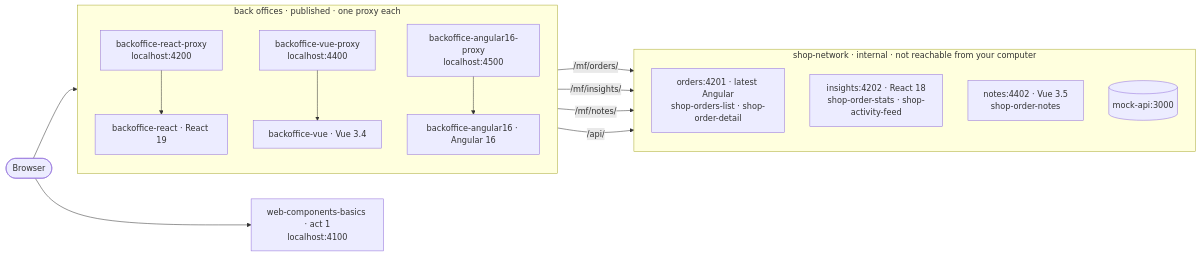
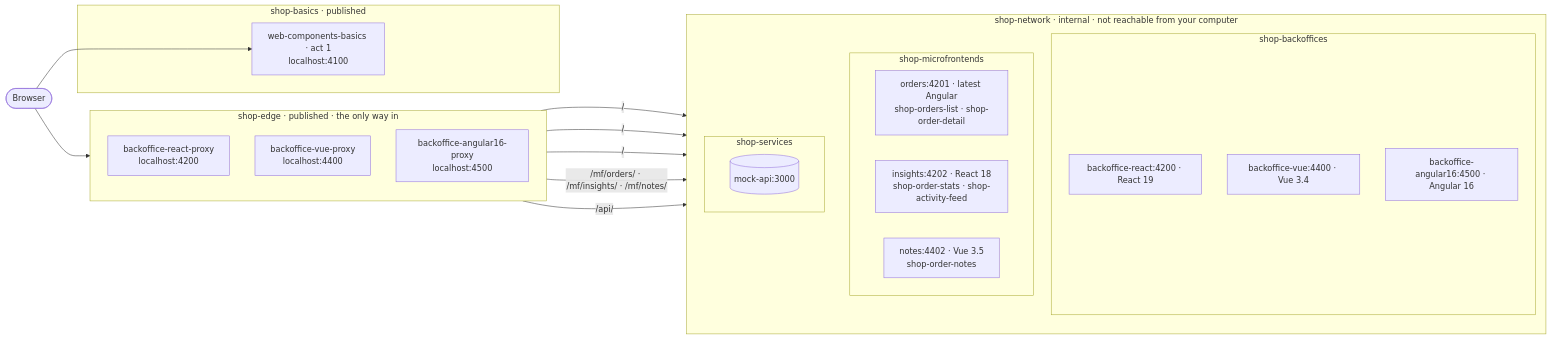
Before and after one commit to IliasEfth/Web-Components: the first of 2 diagrams in README.md, drawn with Mermaid. The commit also changed other lines of this file and 40 other files, not shown here.

````diff
--- a/README.md
+++ b/README.md
@@ -65,27 +65,40 @@
 ```mermaid
 flowchart LR
   browser([Browser])
-  basics[web-components-basics · act 1<br/>localhost:4100]
 
-  subgraph sites[back offices · published · one proxy each]
+  subgraph basics[shop-basics · published]
+    wcb[web-components-basics · act 1<br/>localhost:4100]
+  end
+
+  subgraph edge[shop-edge · published · the only way in]
     direction TB
-    rp[backoffice-react-proxy<br/>localhost:4200] --> react[backoffice-react · React 19]
-    vp[backoffice-vue-proxy<br/>localhost:4400] --> vue[backoffice-vue · Vue 3.4]
-    ap[backoffice-angular16-proxy<br/>localhost:4500] --> ng16[backoffice-angular16 · Angular 16]
+    rp[backoffice-react-proxy<br/>localhost:4200]
+    vp[backoffice-vue-proxy<br/>localhost:4400]
+    ap[backoffice-angular16-proxy<br/>localhost:4500]
   end
 
   subgraph net[shop-network · internal · not reachable from your computer]
     direction TB
-    orders[orders:4201 · latest Angular<br/>shop-orders-list · shop-order-detail]
-    insights[insights:4202 · React 18<br/>shop-order-stats · shop-activity-feed]
-    notes[notes:4402 · Vue 3.5<br/>shop-order-notes]
-    api[(mock-api:3000)]
+    subgraph backoffices[shop-backoffices]
+      react[backoffice-react:4200 · React 19]
+      vue[backoffice-vue:4400 · Vue 3.4]
+      ng16[backoffice-angular16:4500 · Angular 16]
+    end
+    subgraph mfs[shop-microfrontends]
+      orders[orders:4201 · latest Angular<br/>shop-orders-list · shop-order-detail]
+      insights[insights:4202 · React 18<br/>shop-order-stats · shop-activity-feed]
+      notes[notes:4402 · Vue 3.5<br/>shop-order-notes]
+    end
+    subgraph services[shop-services]
+      api[(mock-api:3000)]
+    end
   end
 
-  browser --> basics
-  browser --> sites
-  sites -- "/mf/orders/" --> orders
-  sites -- "/mf/insights/" --> insights
-  sites -- "/mf/notes/" --> notes
-  sites -- "/api/" --> api
+  browser --> wcb
+  browser --> edge
+  rp -- "/" --> react
+  vp -- "/" --> vue
+  ap -- "/" --> ng16
+  edge -- "/mf/orders/ · /mf/insights/ · /mf/notes/" --> mfs
+  edge -- "/api/" --> services
 ```
````
